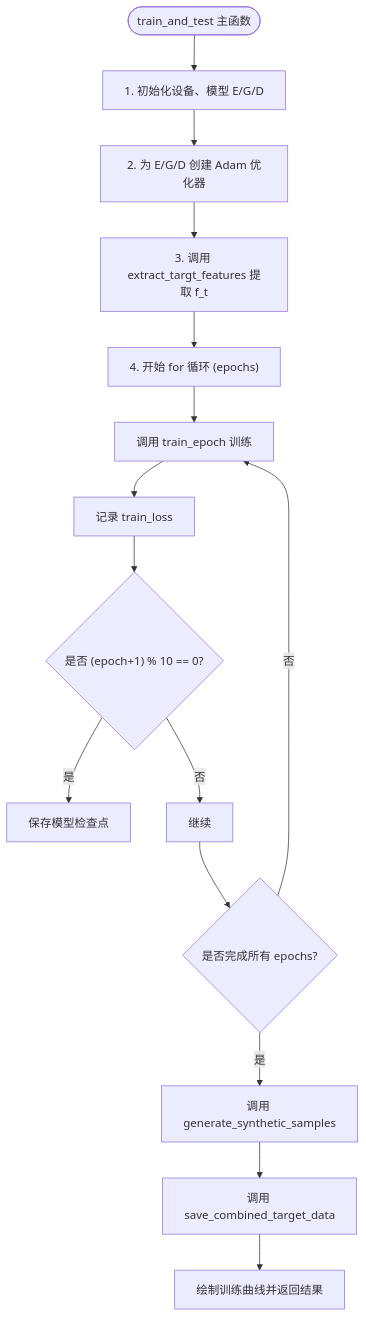
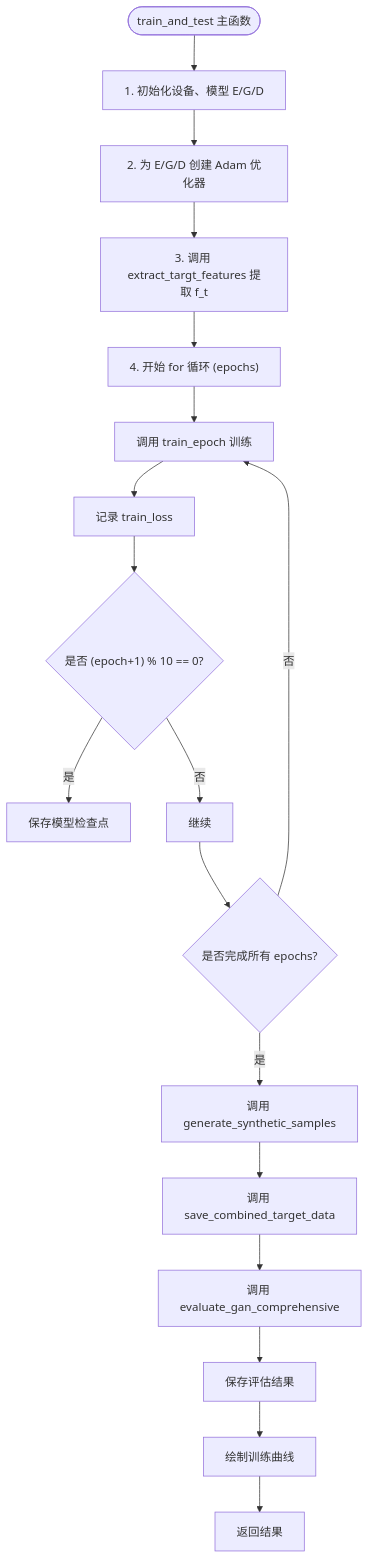
Before and after one commit to Opao-heng/CSI: the second of 2 diagrams in .qoder/repowiki/zh/content/生成对抗网络（GAN）模型/训练流程.md, drawn with Mermaid. The commit also changed other lines of this file and 35 other files, not shown here.

````diff
--- a/.qoder/repowiki/zh/content/生成对抗网络（GAN）模型/训练流程.md
+++ b/.qoder/repowiki/zh/content/生成对抗网络（GAN）模型/训练流程.md
@@ -102,17 +108,20 @@
 ```mermaid
 flowchart TD
 A([train_and_test 主函数]) --> B["1. 初始化设备、模型 E/G/D"]
 B --> C["2. 为 E/G/D 创建 Adam 优化器"]
 C --> D["3. 调用 extract_targt_features 提取 f_t"]
 D --> E["4. 开始 for 循环 (epochs)"]
 E --> F["调用 train_epoch 训练"]
 F --> G["记录 train_loss"]
 G --> H{"是否 (epoch+1) % 10 == 0?"}
 H --> |是| I["保存模型检查点"]
 H --> |否| J["继续"]
 J --> K{"是否完成所有 epochs?"}
 K --> |否| F
 K --> |是| L["调用 generate_synthetic_samples"]
 L --> M["调用 save_combined_target_data"]
-M --> N["绘制训练曲线并返回结果"]
+M --> N["调用 evaluate_gan_comprehensive"]
+N --> O["保存评估结果"]
+O --> P["绘制训练曲线"]
+P --> Q["返回结果"]
 ```
````
